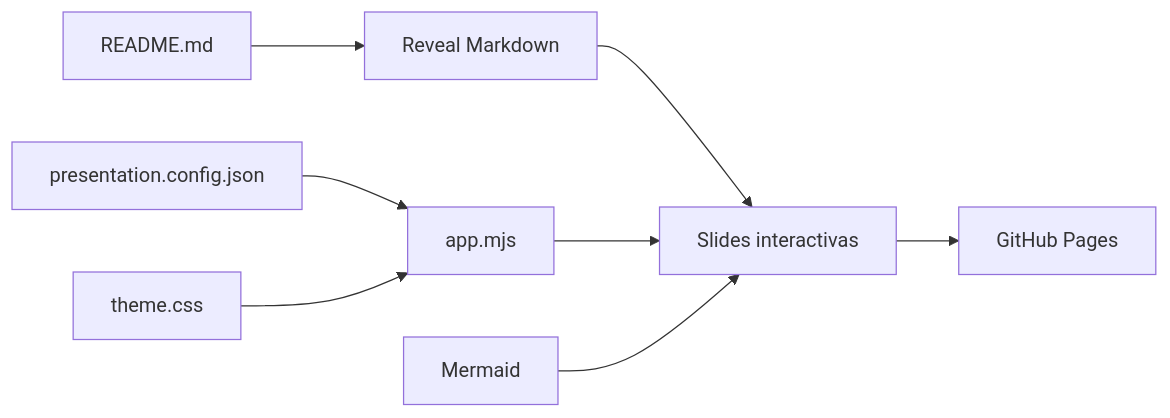
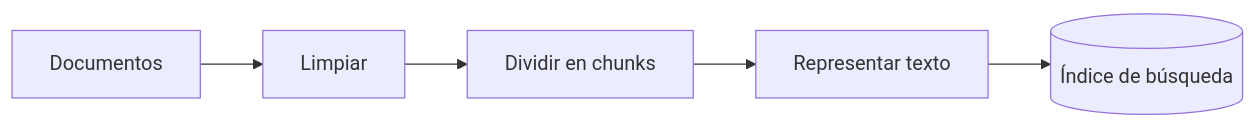
The second of 5 diagrams in README.md (jorgektch/tu-primer-sistema-rag), drawn with Mermaid before and after one commit. The commit also changed other lines of this file and 23 other files, not shown here.

````diff
--- a/README.md
+++ b/README.md
@@ -121,10 +87,7 @@
 ```mermaid
 flowchart LR
-    A["README.md"] --> B["Reveal Markdown"]
-    C["presentation.config.json"] --> D["app.mjs"]
-    E["theme.css"] --> D
-    B --> F["Slides interactivas"]
-    D --> F
-    G["Mermaid"] --> F
-    F --> H["GitHub Pages"]
+ A["Documentos"] --> B["Limpiar"]
+ B --> C["Dividir en chunks"]
+ C --> D["Representar texto"]
+ D --> E[("Índice de búsqueda")]
 ```
````
